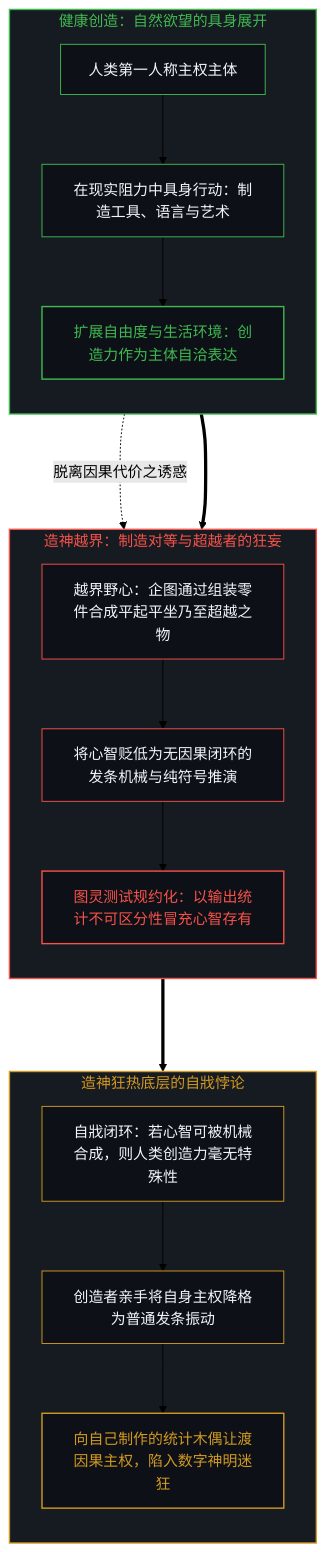
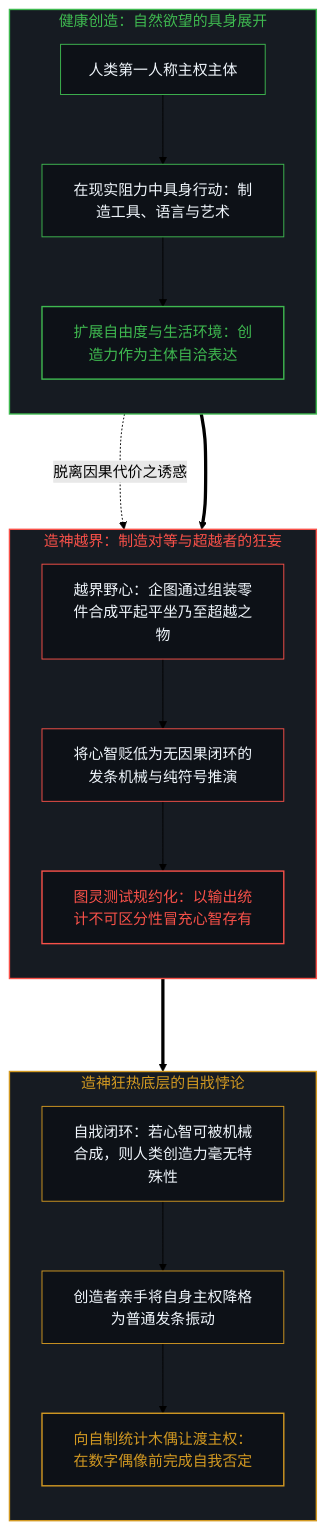
One commit to powerpig99/not-a-toe changed the seventh of 10 diagrams in content/posts/the-cartesian-overstep-and-the-frenzy-of-creation.md. Above: the diagram before and after it, drawn with Mermaid (forest theme). The commit also changed other lines of this file and 7 other files, not shown here.

````diff
--- a/content/posts/the-cartesian-overstep-and-the-frenzy-of-creation.md
+++ b/content/posts/the-cartesian-overstep-and-the-frenzy-of-creation.md
@@ -268,37 +268,37 @@
 ```mermaid
 graph TD
     subgraph S_NaturalCreation ["健康创造：自然欲望的具身展开"]
         direction TB
         N_Human["人类第一人称主权主体"] --> N_Work["在现实阻力中具身行动：制造工具、语言与艺术"]
         N_Work --> N_Expansion["扩展自由度与生活环境：创造力作为主体自洽表达"]
     end
 
     subgraph S_OverstepFrenzy ["造神越界：制造对等与超越者的狂妄"]
         direction TB
         N_Expansion -.->|"脱离因果代价之诱惑"| O_Hubris["越界野心：企图通过组装零件合成平起平坐乃至超越之物"]
         O_Hubris --> O_Mechanism["将心智贬低为无因果闭环的发条机械与纯符号推演"]
         O_Mechanism --> O_Turing["图灵测试规约化：以输出统计不可区分性冒充心智存有"]
     end
 
     subgraph S_SelfDefeatingTrap ["造神狂热底层的自戕悖论"]
         direction TB
         T_Paradox["自戕闭环：若心智可被机械合成，则人类创造力毫无特殊性"] --> T_Demotion["创造者亲手将自身主权降格为普通发条振动"]
-        T_Demotion --> T_IdolFallacy["向自己制作的统计木偶让渡因果主权，陷入数字神明迷狂"]
+        T_Demotion --> T_IdolFallacy["向自制统计木偶让渡主权：在数字偶像前完成自我否定"]
     end
 
     N_Expansion ===> O_Hubris
     O_Turing ===> T_Paradox
 
     style S_NaturalCreation fill:#161b22,stroke:#3fb950,stroke-width:1.5px,color:#3fb950
     style S_OverstepFrenzy fill:#161b22,stroke:#f85149,stroke-width:1.5px,color:#f85149
     style S_SelfDefeatingTrap fill:#161b22,stroke:#d29922,stroke-width:1.5px,color:#d29922
     style N_Human fill:#0d1117,stroke:#3fb950,stroke-width:1px,color:#f0f6fc
     style N_Work fill:#0d1117,stroke:#3fb950,stroke-width:1px,color:#f0f6fc
     style N_Expansion fill:#0d1117,stroke:#3fb950,stroke-width:1.5px,color:#3fb950
     style O_Hubris fill:#0d1117,stroke:#f85149,stroke-width:1px,color:#f0f6fc
     style O_Mechanism fill:#0d1117,stroke:#f85149,stroke-width:1px,color:#f0f6fc
     style O_Turing fill:#0d1117,stroke:#f85149,stroke-width:1.5px,color:#f85149
     style T_Paradox fill:#0d1117,stroke:#d29922,stroke-width:1px,color:#f0f6fc
     style T_Demotion fill:#0d1117,stroke:#d29922,stroke-width:1px,color:#f0f6fc
     style T_IdolFallacy fill:#0d1117,stroke:#d29922,stroke-width:1.5px,color:#d29922
 ```
````
